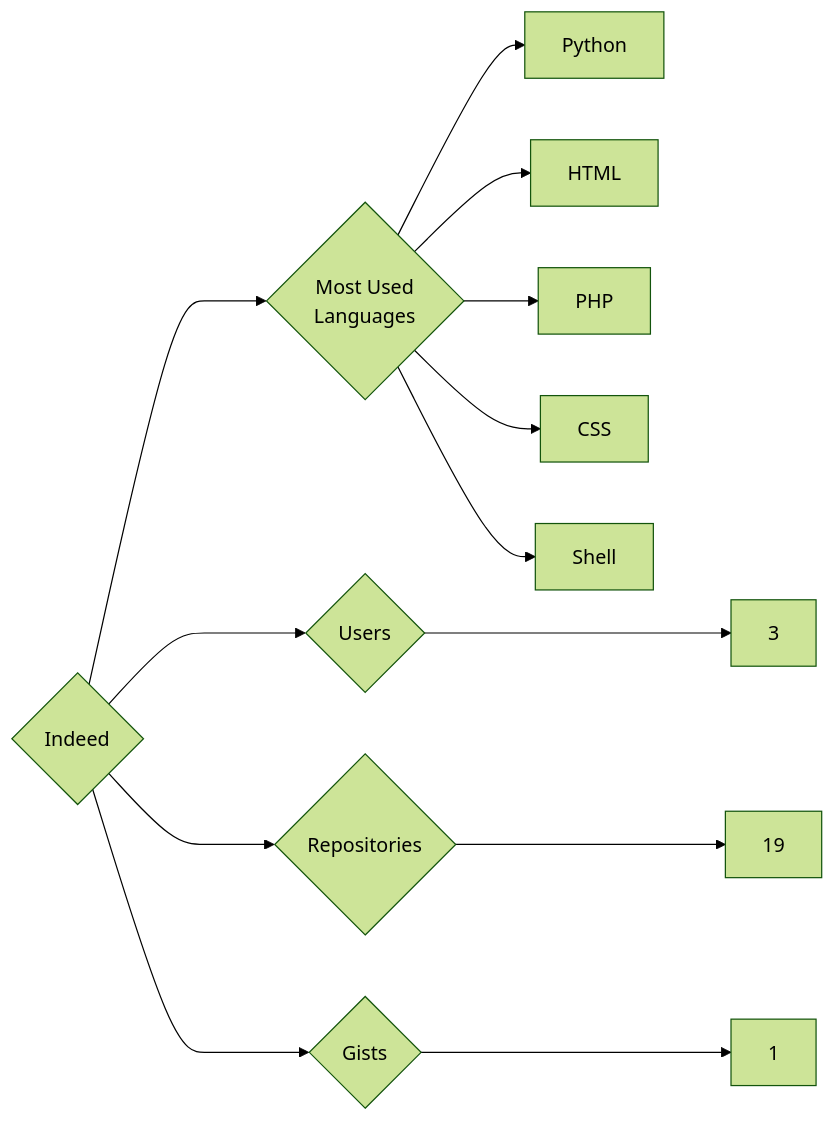
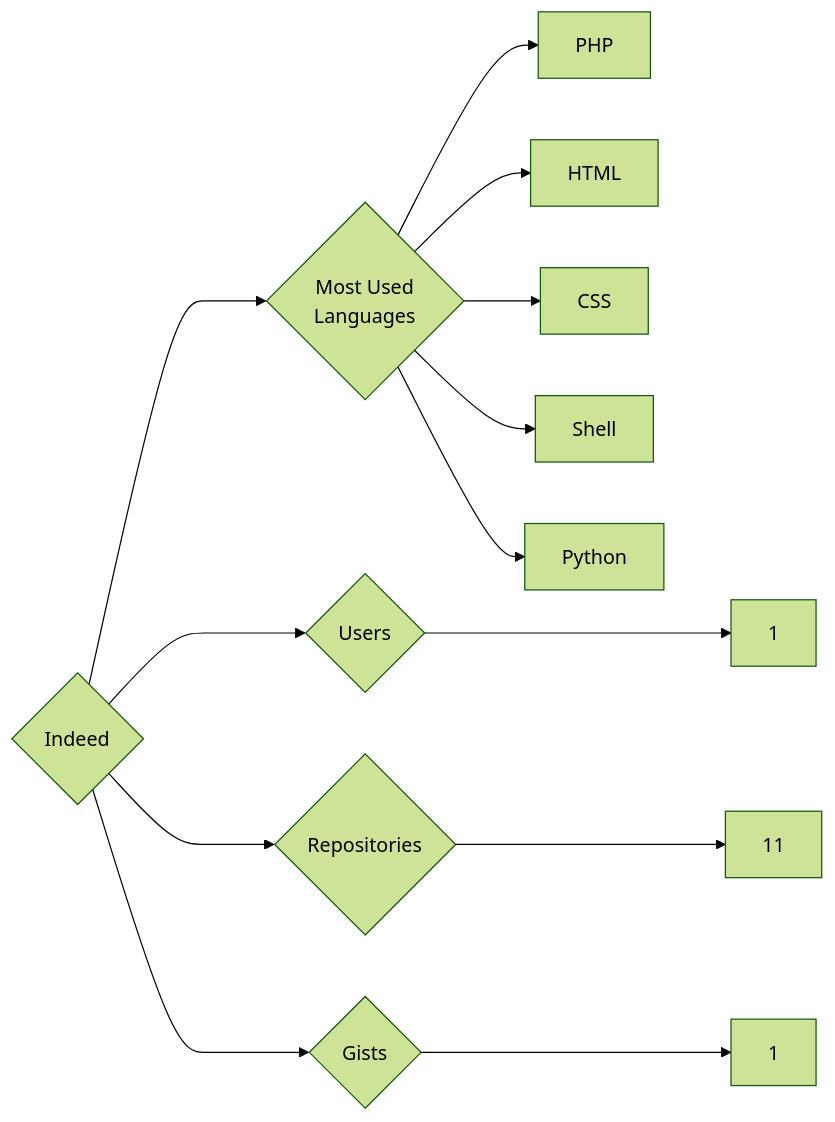
One commit to trickest/insiders changed the diagram in targets/Indeed/README.md. Above: the diagram before and after it, drawn with Mermaid (forest theme). The commit also changed 1036 other files, not shown here.

````diff
--- a/targets/Indeed/README.md
+++ b/targets/Indeed/README.md
@@ -3,13 +3,13 @@
 ```mermaid
 graph LR
 COMPANY_NAME{Indeed}
-COMPANY_NAME ---> U{Users} ---> UN[3]
-COMPANY_NAME ---> R{Repositories} ---> RN[19]
+COMPANY_NAME ---> U{Users} ---> UN[1]
+COMPANY_NAME ---> R{Repositories} ---> RN[11]
 COMPANY_NAME ---> G{Gists} ---> GN[1]
 COMPANY_NAME ---> ML{Most Used<br>Languages}
-ML --> Python[Python]
+ML --> PHP[PHP]
 ML --> HTML[HTML]
-ML --> PHP[PHP]
 ML --> CSS[CSS]
 ML --> Shell[Shell]
+ML --> Python[Python]
 ```
````
